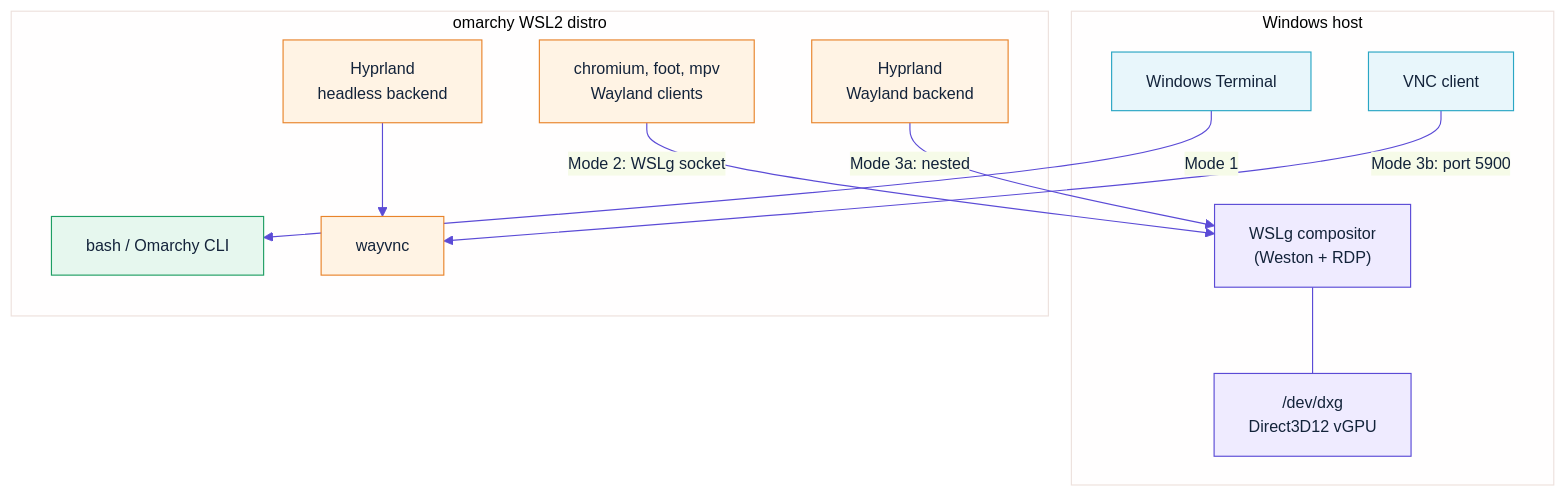
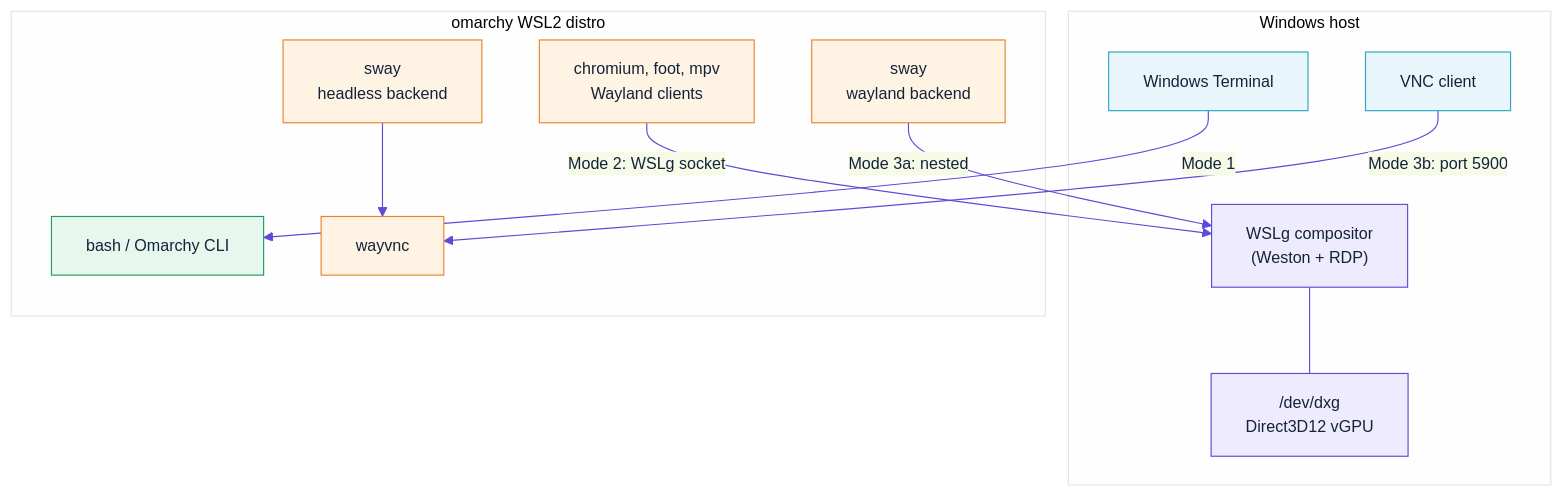
The third of 3 diagrams in README.md (clarenceb/omarchy-wsl2), drawn with Mermaid before and after one commit. The commit also changed other lines of this file and 8 other files, not shown here.

````diff
--- a/README.md
+++ b/README.md
@@ -168,35 +175,35 @@
 ```mermaid
 %%{init: {'theme':'base','themeVariables':{'primaryColor':'#E8F6FB','primaryTextColor':'#13233A','primaryBorderColor':'#2AA6C4','lineColor':'#5B4BD6','fontSize':'14px'}}}%%
 flowchart TB
     subgraph WIN["Windows host"]
         WT["Windows Terminal"]
         VNC["VNC client"]
         WSLG["WSLg compositor<br/>(Weston + RDP)"]
         DXG["/dev/dxg<br/>Direct3D12 vGPU"]
     end
 
     subgraph DISTRO["omarchy WSL2 distro"]
         SH["bash / Omarchy CLI"]
         APP["chromium, foot, mpv<br/>Wayland clients"]
-        HYPRN["Hyprland<br/>Wayland backend"]
-        HYPRH["Hyprland<br/>headless backend"]
+        HYPRN["sway<br/>wayland backend"]
+        HYPRH["sway<br/>headless backend"]
         WV["wayvnc"]
     end
 
     WT -->|"Mode 1"| SH
     APP -->|"Mode 2: WSLg socket"| WSLG
     HYPRN -->|"Mode 3a: nested"| WSLG
     HYPRH --> WV
     VNC -->|"Mode 3b: port 5900"| WV
     WSLG --- DXG
 
     style WT fill:#E8F6FB,stroke:#2AA6C4,color:#13233A
     style VNC fill:#E8F6FB,stroke:#2AA6C4,color:#13233A
     style WSLG fill:#EFEBFF,stroke:#5B4BD6,color:#13233A
     style DXG fill:#EFEBFF,stroke:#5B4BD6,color:#13233A
     style SH fill:#E6F7EE,stroke:#1E9E63,color:#13233A
     style APP fill:#FFF3E4,stroke:#E8842B,color:#13233A
     style HYPRN fill:#FFF3E4,stroke:#E8842B,color:#13233A
     style HYPRH fill:#FFF3E4,stroke:#E8842B,color:#13233A
     style WV fill:#FFF3E4,stroke:#E8842B,color:#13233A
 ```
````
